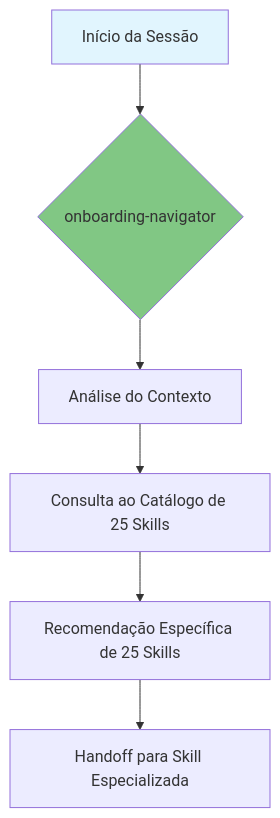
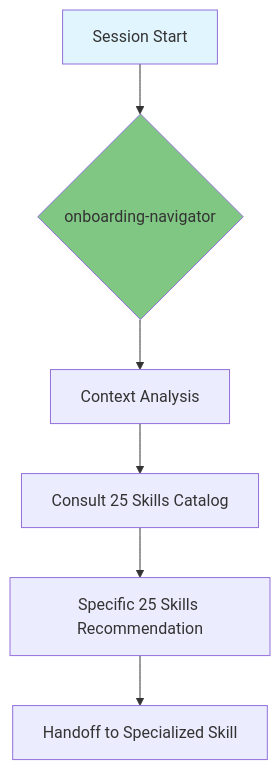
The diagram in onboarding-navigator/SKILL.md (KlebersonCollab/skills), drawn with Mermaid before and after one commit. The commit also changed other lines of this file and 242 other files, not shown here.

````diff
--- a/onboarding-navigator/SKILL.md
+++ b/onboarding-navigator/SKILL.md
@@ -58,12 +58,12 @@
 ```mermaid
 flowchart TD
-    Start[Início da Sessão] --> Onboarding{onboarding-navigator}
+    Start[Session Start] --> Onboarding{onboarding-navigator}
     
-    Onboarding --> Analise[Análise do Contexto]
-    Analise --> Catálogo[Consulta ao Catálogo de 25 Skills]
-    Catálogo --> Recomendação[Recomendação Específica de 25 Skills]
-    Recomendação --> Handoff[Handoff para Skill Especializada]
+    Onboarding --> Analysis[Context Analysis]
+    Analysis --> Catalog[Consult 25 Skills Catalog]
+    Catalog --> Recommendation[Specific 25 Skills Recommendation]
+    Recommendation --> Handoff[Handoff to Specialized Skill]
     
     style Start fill:#e1f5fe
     style Onboarding fill:#81c784
 ```
````
